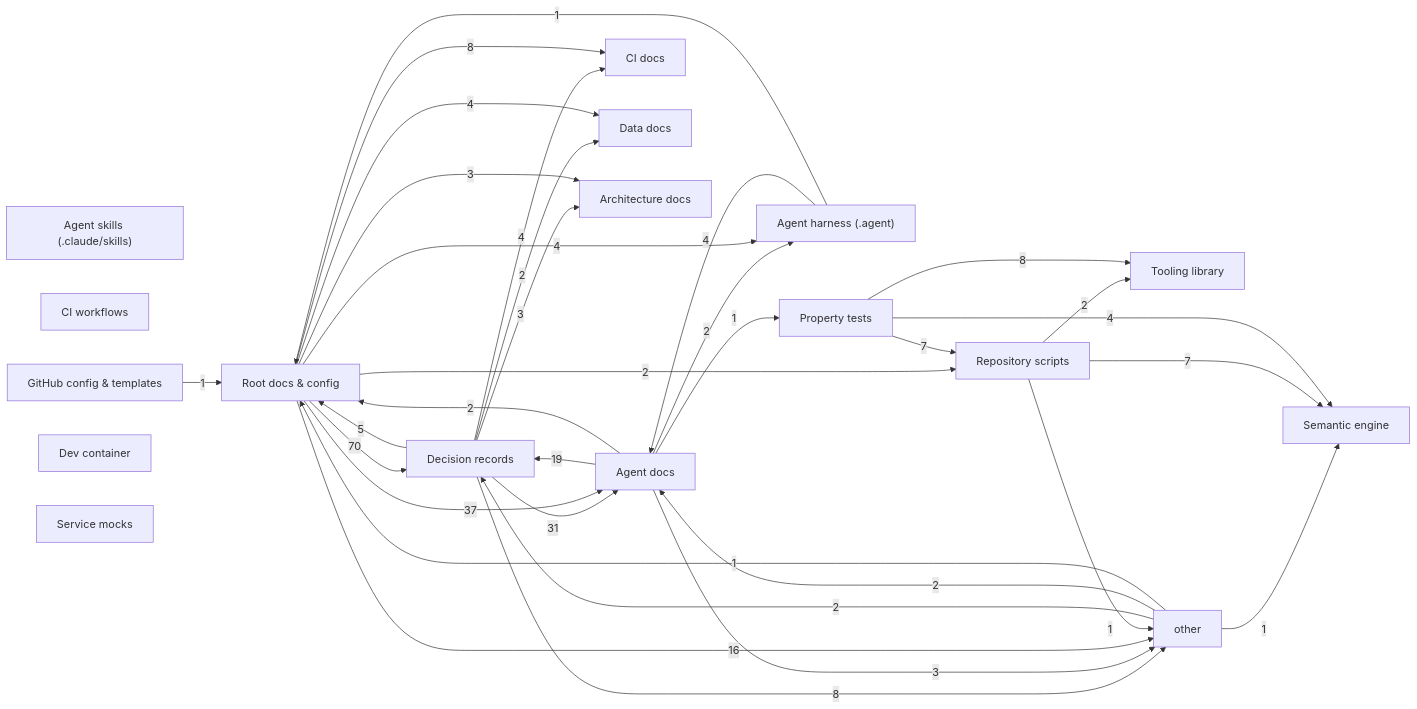
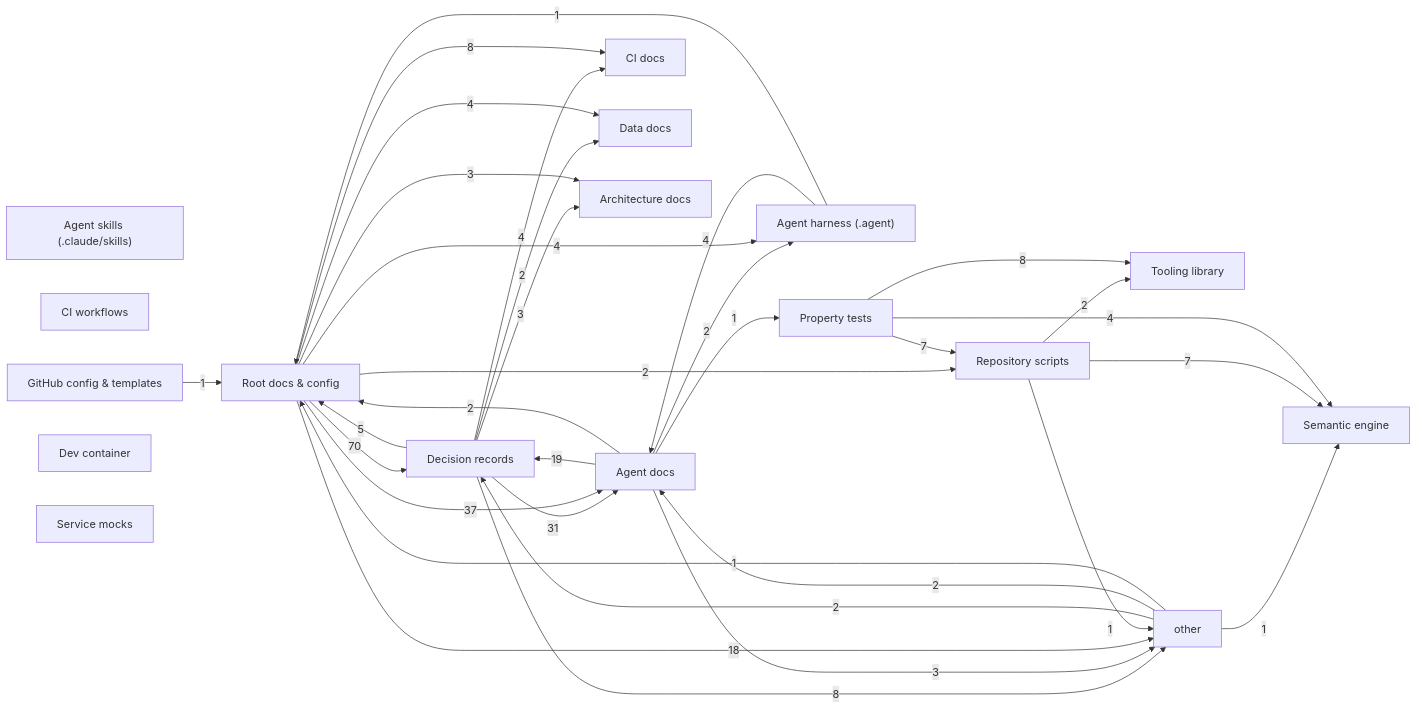
One commit to sayedelazameydesign-crypto/ui changed the diagram in docs/architecture/graph.md. Above: the diagram before and after it, drawn with Mermaid. The commit also changed other lines of this file and 6 other files, not shown here.

````diff
--- a/docs/architecture/graph.md
+++ b/docs/architecture/graph.md
@@ -11,51 +11,51 @@
 ```mermaid
 graph LR
   root["Root docs & config"]
   agent_harness["Agent harness (.agent)"]
   skills["Agent skills (.claude/skills)"]
   workflows["CI workflows"]
   github_config["GitHub config & templates"]
   sandbox["Dev container"]
   adr["Decision records"]
   docs_agents["Agent docs"]
   docs_ci["CI docs"]
   docs_data["Data docs"]
   docs_arch["Architecture docs"]
   semantic["Semantic engine"]
   tooling_lib["Tooling library"]
   scripts["Repository scripts"]
   tests["Property tests"]
   mocks["Service mocks"]
   adr -->|31| docs_agents
   adr -->|3| docs_arch
   adr -->|4| docs_ci
   adr -->|2| docs_data
   adr -->|8| other
   adr -->|5| root
   agent_harness -->|4| docs_agents
   agent_harness -->|1| root
   docs_agents -->|19| adr
   docs_agents -->|2| agent_harness
   docs_agents -->|3| other
   docs_agents -->|2| root
   docs_agents -->|1| tests
   github_config -->|1| root
   other -->|2| adr
   other -->|2| docs_agents
   other -->|1| root
   other -->|1| semantic
   root -->|70| adr
   root -->|4| agent_harness
   root -->|37| docs_agents
   root -->|3| docs_arch
   root -->|8| docs_ci
   root -->|4| docs_data
-  root -->|16| other
+  root -->|18| other
   root -->|2| scripts
   scripts -->|1| other
   scripts -->|7| semantic
   scripts -->|2| tooling_lib
   tests -->|7| scripts
   tests -->|4| semantic
   tests -->|8| tooling_lib
 ```
````
